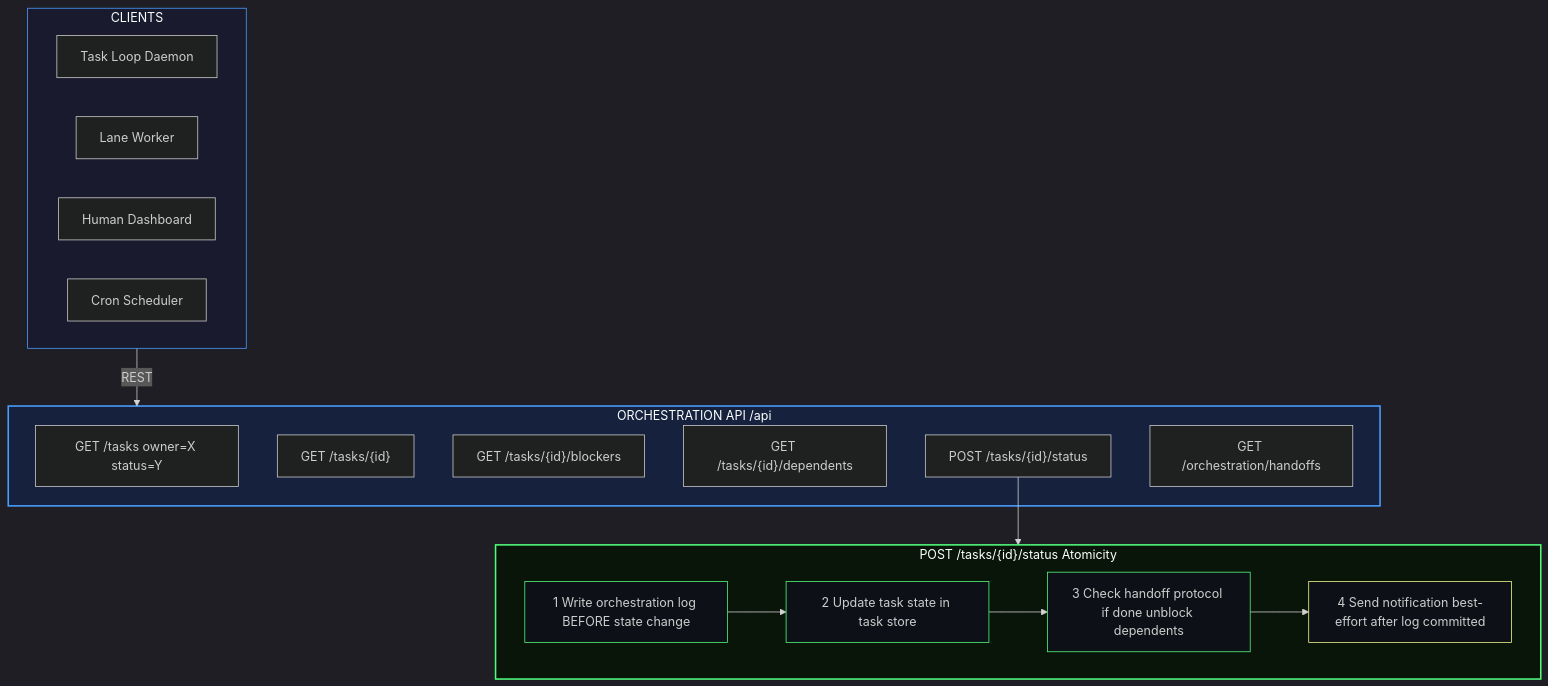
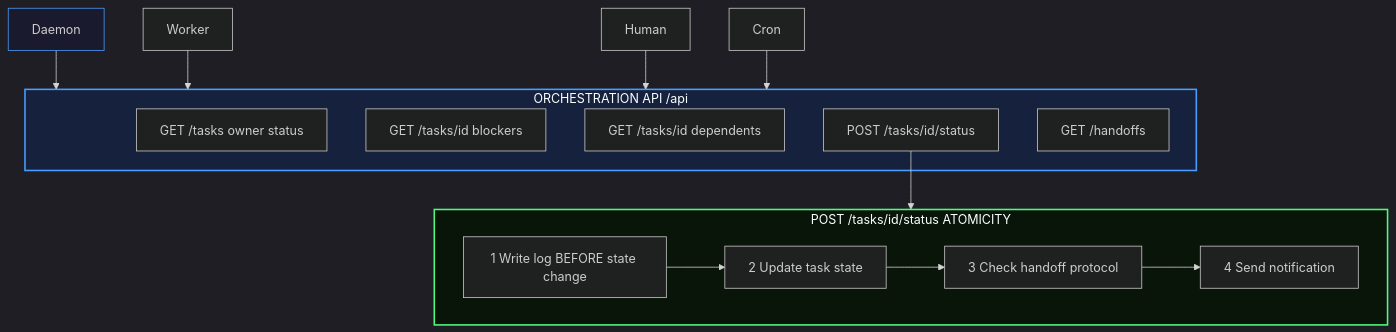
Before and after one commit to mmartoccia/ghost-orchestration-pattern: the diagram in diagrams/MC_API.mmd, drawn with Mermaid. The commit also changed 5 other files, not shown here.

Commit message:
Fix Mermaid init directives - each on own line for proper parsing

````diff
--- a/diagrams/MC_API.mmd
+++ b/diagrams/MC_API.mmd
@@ -1,38 +1,26 @@
 ```mermaid
-%%{init: {"theme": "dark"}}%%
+%%{init: { "theme": "dark" }}%%
 flowchart TB
-    subgraph CLIENTS["CLIENTS"]
-        DAEMON["Task Loop Daemon"]
-        WORKER["Lane Worker"]
-        HUMAN["Human Dashboard"]
-        CRON["Cron Scheduler"]
+    C1["Daemon"] --> API
+    C2["Worker"] --> API
+    C3["Human"] --> API
+    C4["Cron"] --> API
+    subgraph API["ORCHESTRATION API /api"]
+        G1["GET /tasks owner status"]
+        G2["GET /tasks/id blockers"]
+        G3["GET /tasks/id dependents"]
+        P["POST /tasks/id/status"]
+        G4["GET /handoffs"]
     end
-
-    subgraph API["ORCHESTRATION API /api"]
-        GET1["GET /tasks owner=X status=Y"]
-        GET2["GET /tasks/{id}"]
-        GET3["GET /tasks/{id}/blockers"]
-        GET4["GET /tasks/{id}/dependents"]
-        POST["POST /tasks/{id}/status"]
-        GET5["GET /orchestration/handoffs"]
-    end
-
-    CLIENTS -->|"REST"| API
-
-    subgraph SEQ["POST /tasks/{id}/status Atomicity"]
-        S1["1 Write orchestration log BEFORE state change"]
-        S2["2 Update task state in task store"]
-        S3["3 Check handoff protocol if done unblock dependents"]
-        S4["4 Send notification best-effort after log committed"]
+    P --> SEQ
+    subgraph SEQ["POST /tasks/id/status ATOMICITY"]
+        S1["1 Write log BEFORE state change"]
+        S2["2 Update task state"]
+        S3["3 Check handoff protocol"]
+        S4["4 Send notification"]
         S1 --> S2 --> S3 --> S4
     end
-    POST --> SEQ
-
-    style CLIENTS fill:#1a1a2e,stroke:#4a9eff,stroke-width:1px
+    style C1 fill:#1a1a2e,stroke:#4a9eff,stroke-width:1px
     style API fill:#16213e,stroke:#4a9eff,stroke-width:2px
     style SEQ fill:#0a150a,stroke:#50fa7b,stroke-width:2px
-    style S1 fill:#0d1117,stroke:#50fa7b
-    style S2 fill:#0d1117,stroke:#50fa7b
-    style S3 fill:#0d1117,stroke:#50fa7b
-    style S4 fill:#0d1117,stroke:#f1fa8c
 ```
````
